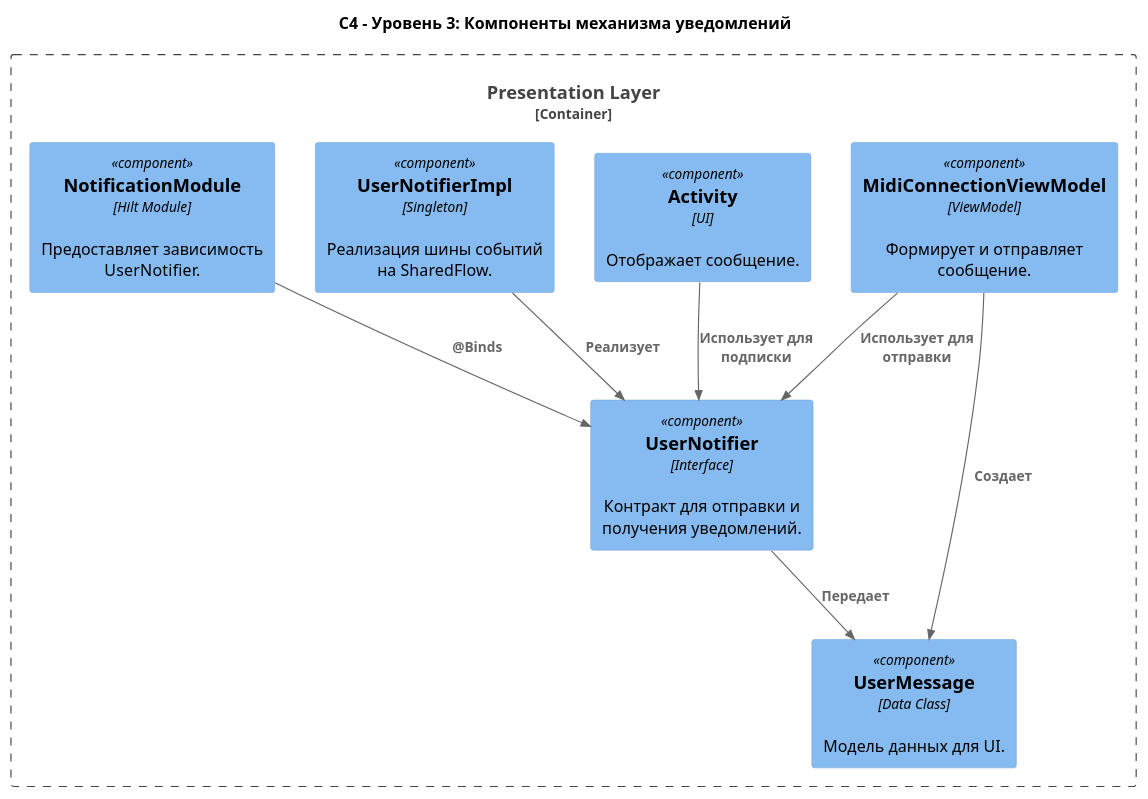
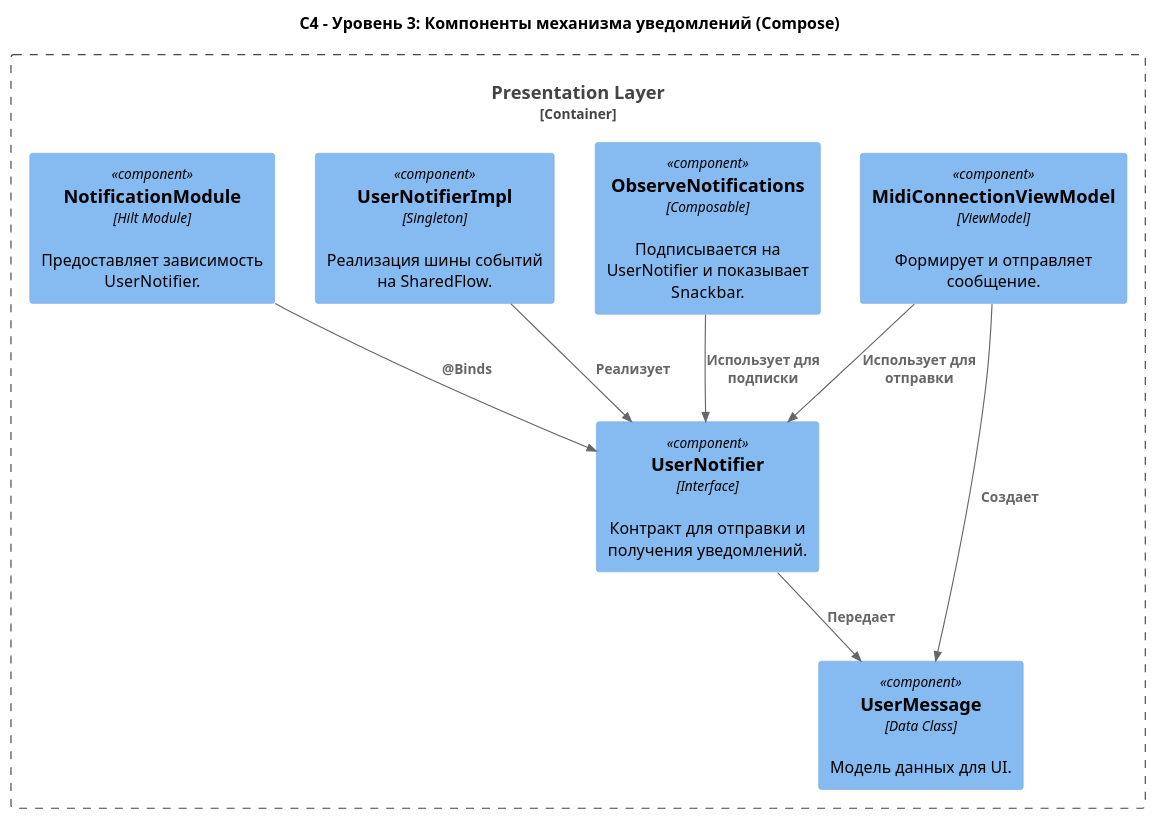
Before and after one commit to astrizhachuk/PianoFlow: the first of 5 diagrams in docs/ts/MIDI_NOTIFICATION.md, drawn with PlantUML. The commit also changed other lines of this file and 2 other files, not shown here.

Commit message:
docs: обновить документацию по уведомлениям для Jetpack Compose

````diff
--- a/docs/ts/MIDI_NOTIFICATION.md
+++ b/docs/ts/MIDI_NOTIFICATION.md
@@ -27,26 +29,26 @@
 ```plantuml
 @startuml
 !include https://raw.githubusercontent.com/plantuml-stdlib/C4-PlantUML/master/C4_Component.puml
 
-title C4 - Уровень 3: Компоненты механизма уведомлений
+title C4 - Уровень 3: Компоненты механизма уведомлений (Compose)
 
 Container_Boundary(presentation, "Presentation Layer") {
     Component(vm, "MidiConnectionViewModel", "ViewModel", "Формирует и отправляет сообщение.")
-    Component(ui, "Activity", "UI", "Отображает сообщение.")
+    Component(observer, "ObserveNotifications", "Composable", "Подписывается на UserNotifier и показывает Snackbar.")
 
     Component(notifier, "UserNotifier", "Interface", "Контракт для отправки и получения уведомлений.")
     Component(impl, "UserNotifierImpl", "Singleton", "Реализация шины событий на SharedFlow.")
     Component(message, "UserMessage", "Data Class", "Модель данных для UI.")
     Component(di, "NotificationModule", "Hilt Module", "Предоставляет зависимость UserNotifier.")
 
     Rel(impl, notifier, "Реализует")
     Rel(di, notifier, "@Binds")
 
     Rel(vm, notifier, "Использует для отправки")
-    Rel(ui, notifier, "Использует для подписки")
+    Rel(observer, notifier, "Использует для подписки")
     
     Rel(vm, message, "Создает")
     Rel(notifier, message, "Передает")
 }
 @enduml
 ```
````
